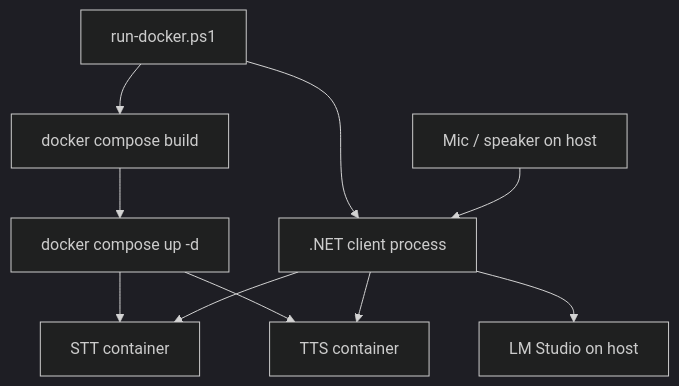
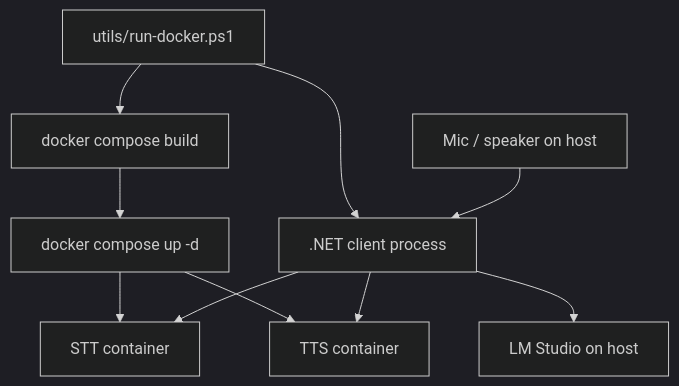
Before and after one commit to pcmichaels/offline-ai-voice: the second of 3 diagrams in docs/spec.md, drawn with Mermaid (dark theme). The commit also changed other lines of this file and 21 other files, not shown here.

````diff
--- a/docs/spec.md
+++ b/docs/spec.md
@@ -108,13 +108,13 @@
 ```mermaid
 flowchart TB
-  Script[run-docker.ps1]
+  Script[utils/run-docker.ps1]
   Script --> Build[docker compose build]
   Build --> Up[docker compose up -d]
   Up --> STTsvc[STT container]
   Up --> TTSsvc[TTS container]
   Script --> Client[.NET client process]
   Client --> STTsvc
   Client --> TTSsvc
   Client --> LMStudio[LM Studio on host]
   MicSpk[Mic / speaker on host] --> Client
 ```
````
